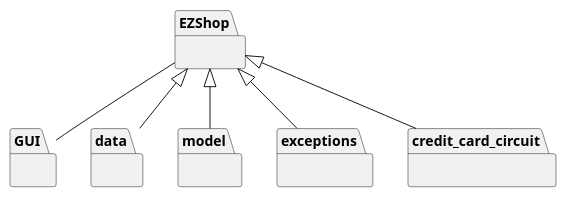
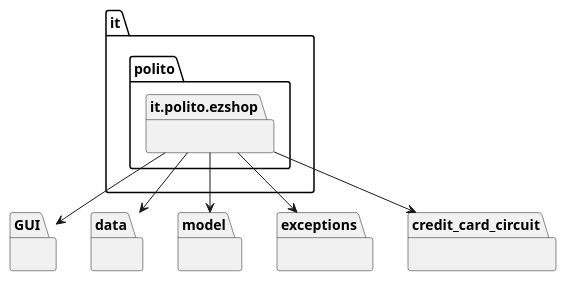
Before and after one commit to polito-se2-21-r03/se1-ezshop: the first of 13 diagrams in Deliverables/DesignDocument.md, drawn with PlantUML. The commit also changed other lines of this file, not shown here.

````diff
--- a/Deliverables/DesignDocument.md
+++ b/Deliverables/DesignDocument.md
@@ -27,19 +27,19 @@
 ```plantuml
 @startuml
 
-package "EZShop" {}
+package "it.polito.ezshop" {}
 
 package "GUI" {}
 package "data" {}
 package "model" {}
 package "exceptions" {}
 package "credit_card_circuit" {}
 
-"EZShop" -- "GUI"
-"EZShop" <|-- "data"
-"EZShop" <|-- "model"
-"EZShop" <|-- "exceptions"
-"EZShop" <|-- "credit_card_circuit"
+"it.polito.ezshop" --> "GUI"
+"it.polito.ezshop" --> "data"
+"it.polito.ezshop" --> "model"
+"it.polito.ezshop" --> "exceptions"
+"it.polito.ezshop" --> "credit_card_circuit"
 
 @enduml
 ```
````
